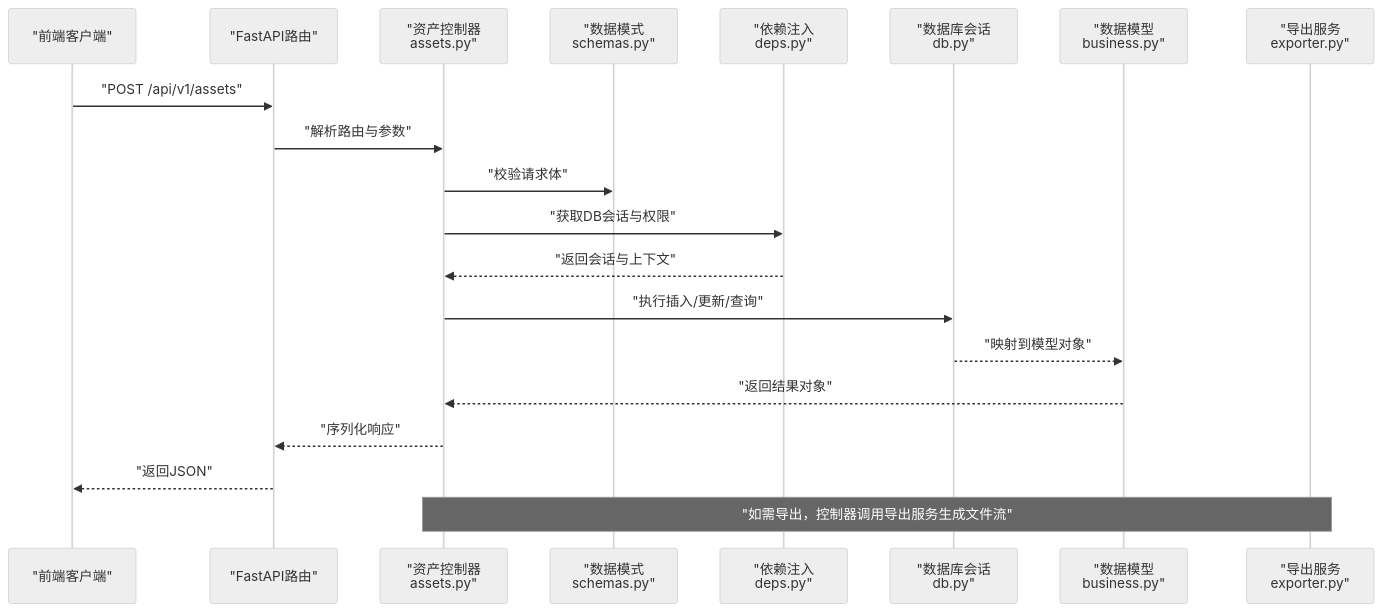
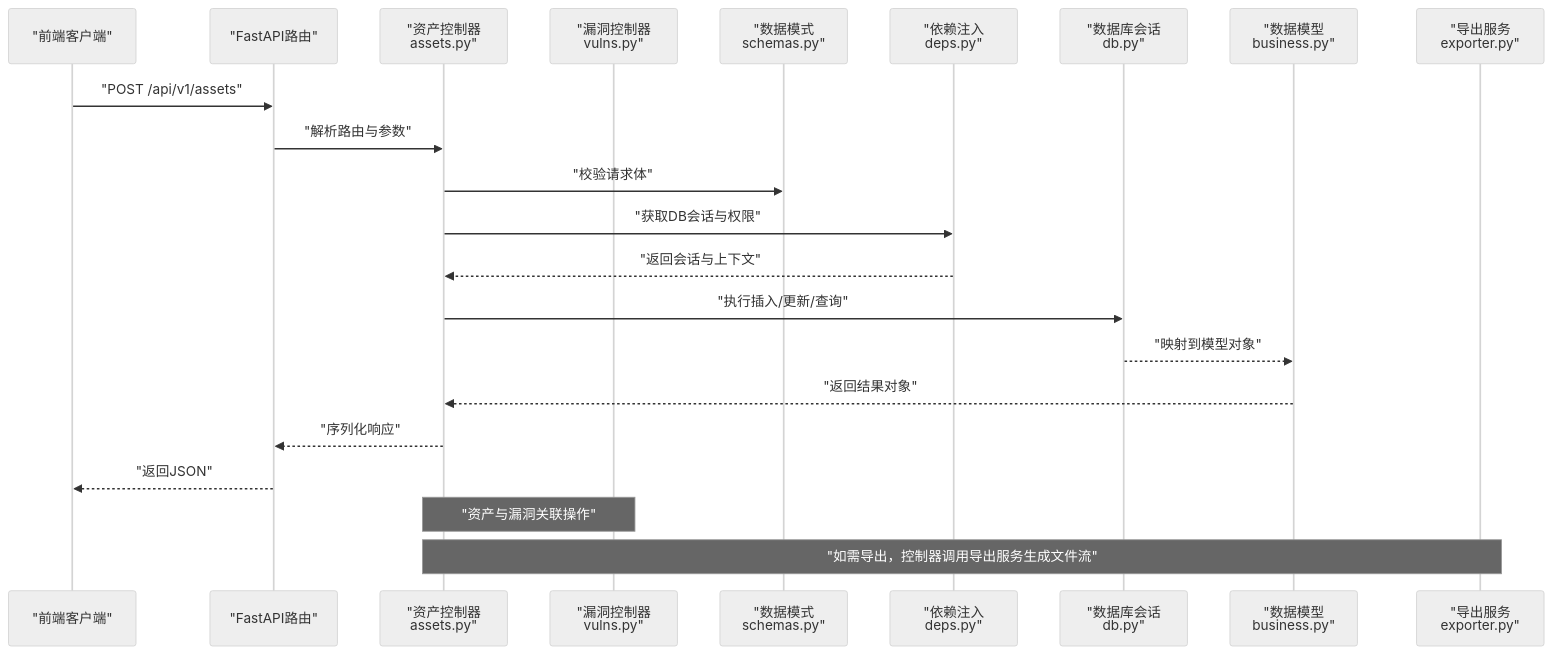
The second of 3 diagrams in .qoder/repowiki/zh/content/后端API文档/资产管理API.md (vu1Art1st/talos), drawn with Mermaid (neutral theme) before and after one commit. The commit also changed other lines of this file and 132 other files, not shown here.

````diff
--- a/.qoder/repowiki/zh/content/后端API文档/资产管理API.md
+++ b/.qoder/repowiki/zh/content/后端API文档/资产管理API.md
@@ -116,22 +146,24 @@
 ```mermaid
 sequenceDiagram
 participant FE as "前端客户端"
 participant API as "FastAPI路由"
 participant Ctl as "资产控制器<br/>assets.py"
+participant VCtl as "漏洞控制器<br/>vulns.py"
 participant Sch as "数据模式<br/>schemas.py"
 participant Dep as "依赖注入<br/>deps.py"
 participant DB as "数据库会话<br/>db.py"
 participant Mod as "数据模型<br/>business.py"
 participant Exp as "导出服务<br/>exporter.py"
 FE->>API : "POST /api/v1/assets"
 API->>Ctl : "解析路由与参数"
 Ctl->>Sch : "校验请求体"
 Ctl->>Dep : "获取DB会话与权限"
 Dep-->>Ctl : "返回会话与上下文"
 Ctl->>DB : "执行插入/更新/查询"
 DB-->>Mod : "映射到模型对象"
 Mod-->>Ctl : "返回结果对象"
 Ctl-->>API : "序列化响应"
 API-->>FE : "返回JSON"
+Note over Ctl,VCtl : "资产与漏洞关联操作"
 Note over Ctl,Exp : "如需导出，控制器调用导出服务生成文件流"
 ```
````
